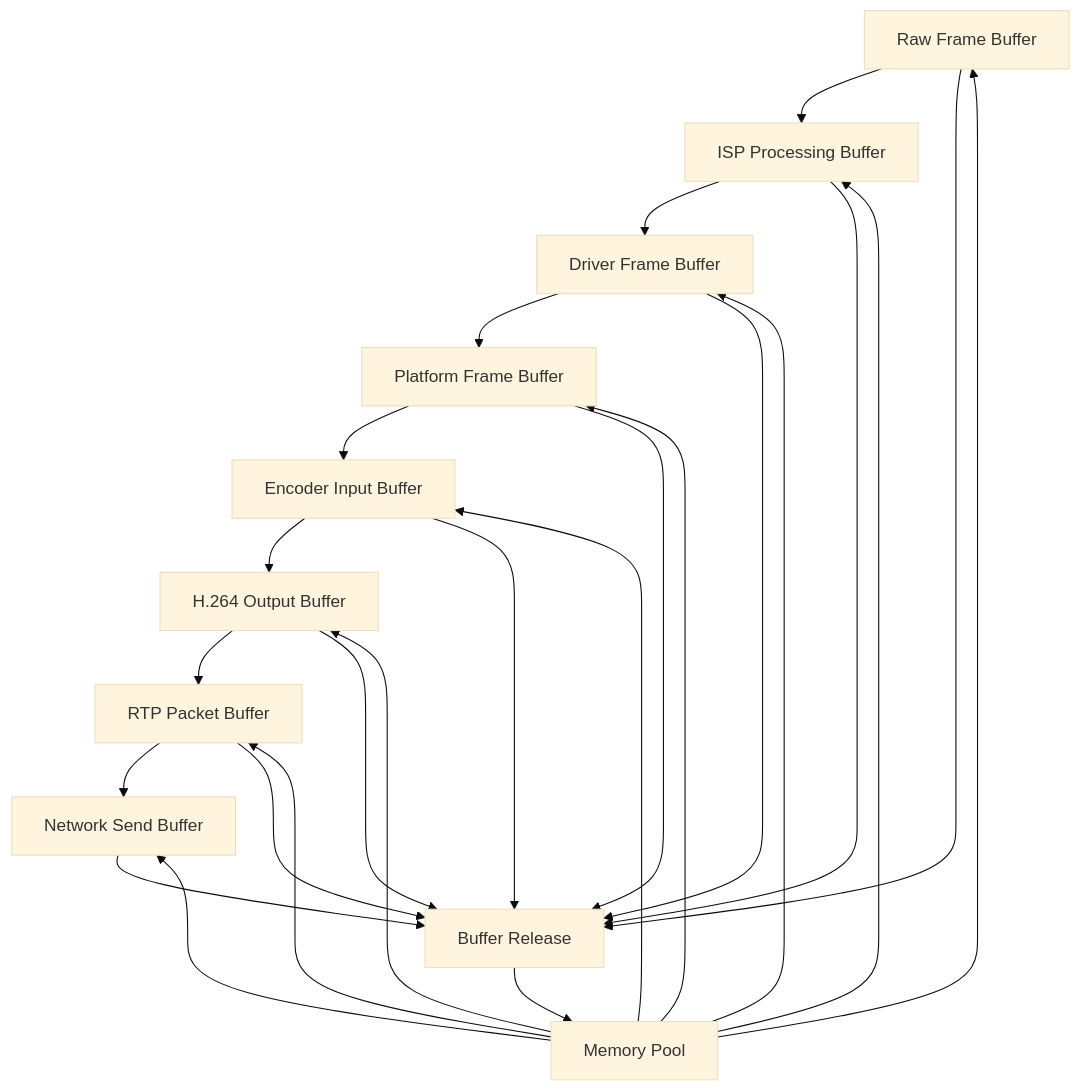
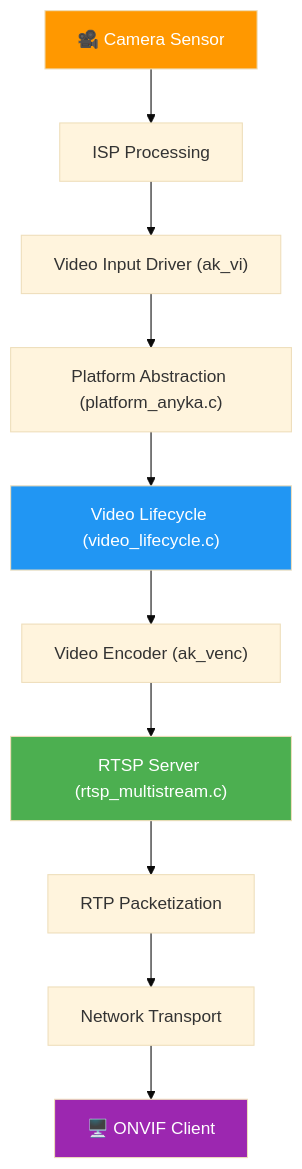
One commit to kkrzysztofik/Anyka_ak3918_hacking_journey changed the diagram in docs/video-flow.md. Above: the diagram before and after it, drawn with Mermaid (base theme). The commit also changed other lines of this file and 2 other files, not shown here.

First line of the commit message:
Add comprehensive documentation for ONVIF HTTP request/response and shutdown flows

````diff
--- a/docs/video-flow.md
+++ b/docs/video-flow.md
@@ -590,29 +56,17 @@
 ```mermaid
 graph TD
-    A[Raw Frame Buffer] --> B[ISP Processing Buffer]
-    B --> C[Driver Frame Buffer]
-    C --> D[Platform Frame Buffer]
-    D --> E[Encoder Input Buffer]
-    E --> F[H.264 Output Buffer]
-    F --> G[RTP Packet Buffer]
-    G --> H[Network Send Buffer]
+    A["🎥 Camera Sensor"] --> B["ISP Processing"]
+    B --> C["Video Input Driver (ak_vi)"]
+    C --> D["Platform Abstraction (platform_anyka.c)"]
+    D --> E["Video Lifecycle (video_lifecycle.c)"]
+    E --> F["Video Encoder (ak_venc)"]
+    F --> G["RTSP Server (rtsp_multistream.c)"]
+    G --> H["RTP Packetization"]
+    H --> I["Network Transport"]
+    I --> J["🖥️ ONVIF Client"]
 
-    I[Memory Pool] --> A
-    I --> B
-    I --> C
-    I --> D
-    I --> E
-    I --> F
-    I --> G
-    I --> H
-
-    A --> J[Buffer Release]
-    B --> J
-    C --> J
-    D --> J
-    E --> J
-    F --> J
-    G --> J
-    H --> J
-    J --> I
+    style A fill:#ff9800,color:#fff
+    style E fill:#2196f3,color:#fff
+    style G fill:#4caf50,color:#fff
+    style J fill:#9c27b0,color:#fff
 ```
````
